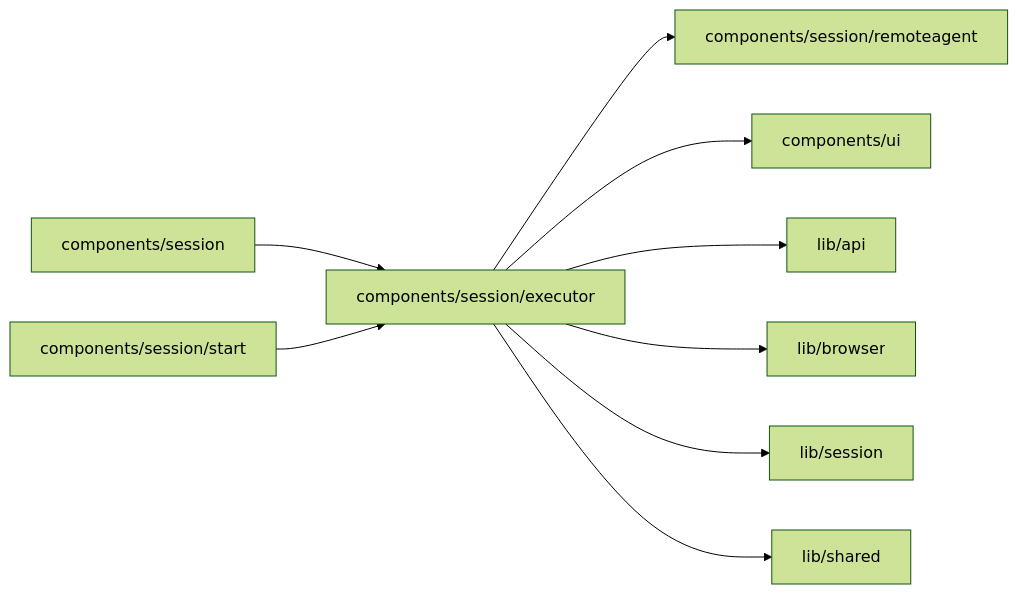
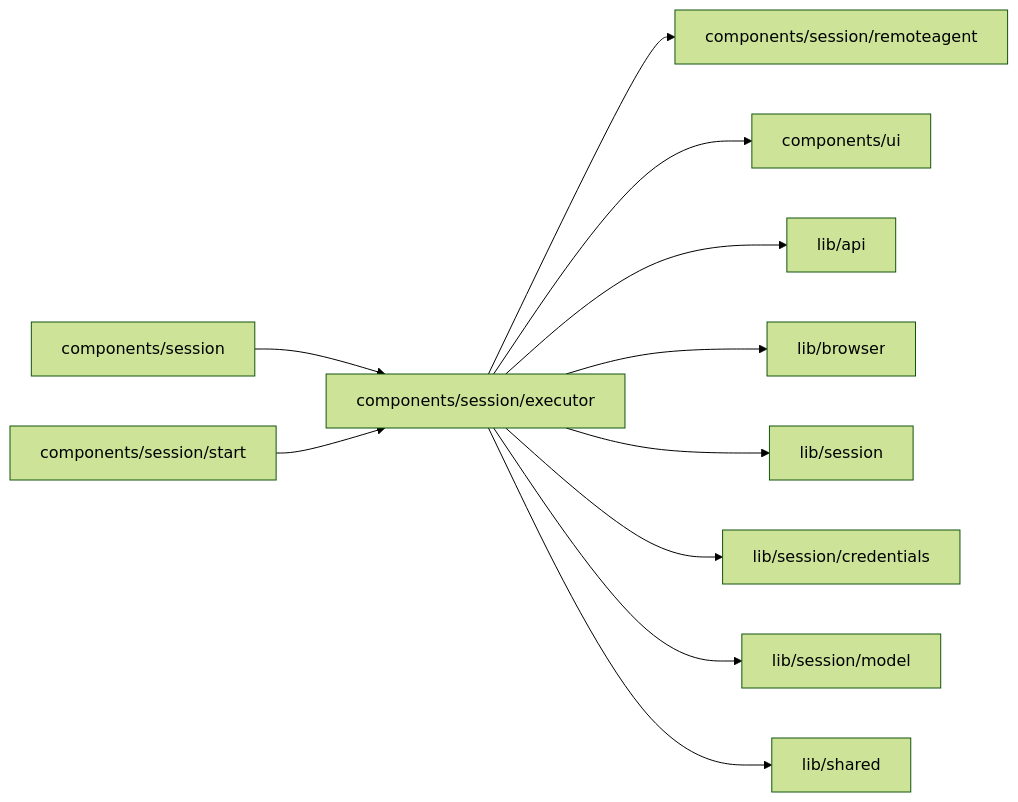
The diagram in web/studio/components/session/executor/README.md (superdurable/superverse), drawn with Mermaid (forest theme) before and after one commit. The commit also changed other lines of this file and 75 other files, not shown here.

````diff
--- a/web/studio/components/session/executor/README.md
+++ b/web/studio/components/session/executor/README.md
@@ -10,12 +10,14 @@
 ```mermaid
 flowchart LR
   self["components/session/executor"]
   c0["components/session"] --> self
   c1["components/session/start"] --> self
   self --> d0["components/session/remoteagent"]
   self --> d1["components/ui"]
   self --> d2["lib/api"]
   self --> d3["lib/browser"]
   self --> d4["lib/session"]
-  self --> d5["lib/shared"]
+  self --> d5["lib/session/credentials"]
+  self --> d6["lib/session/model"]
+  self --> d7["lib/shared"]
 ```
````
